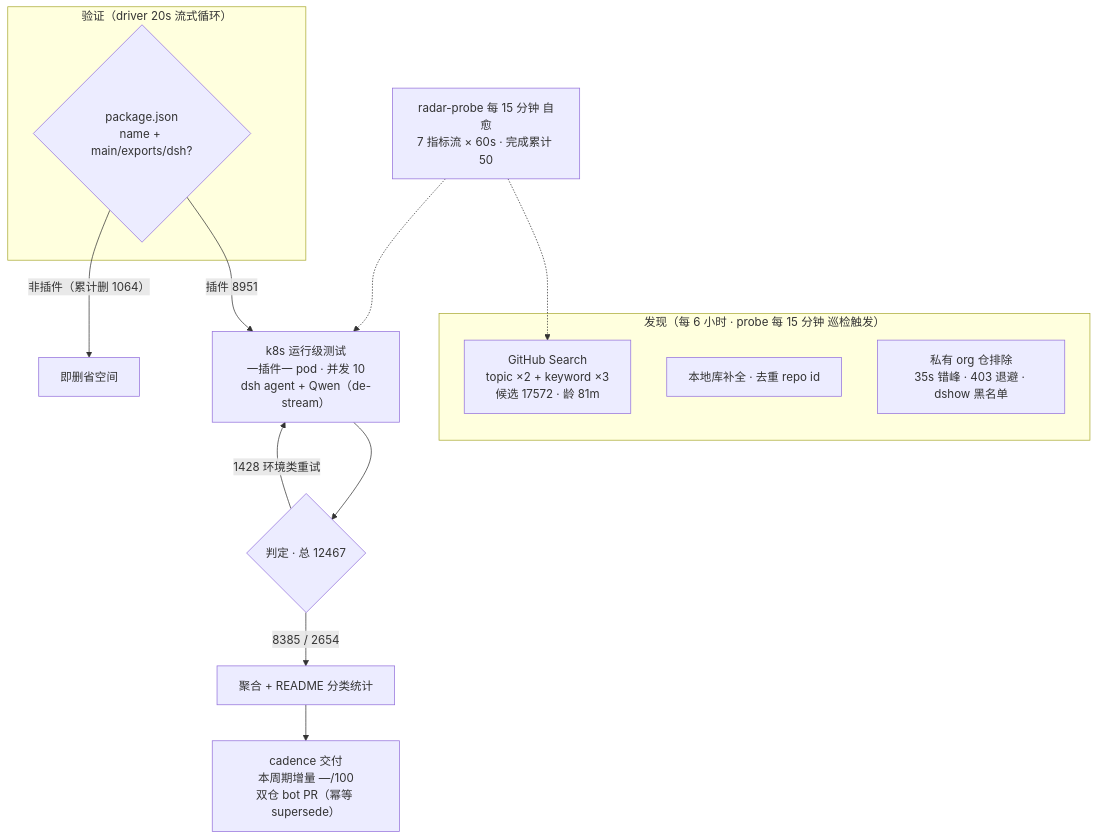
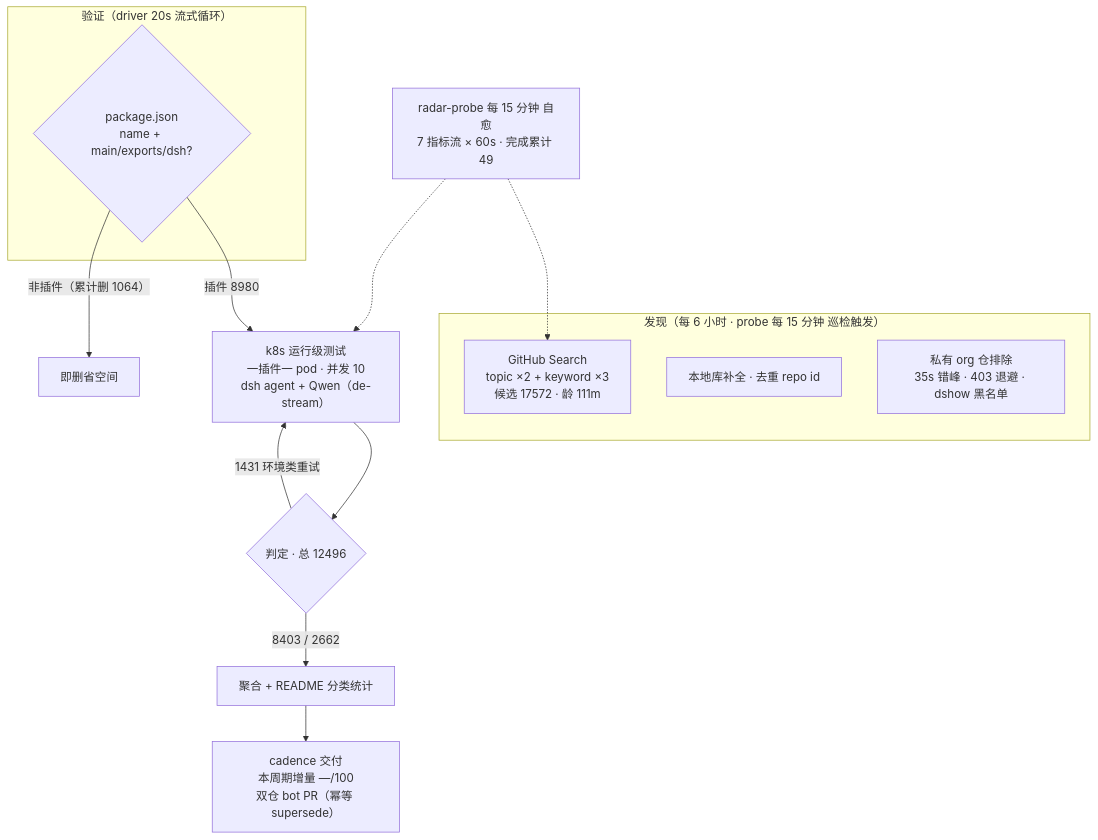
One commit to Zhidao-Lab-OSS/awesome-dsh-plugins changed the diagram in README.md. Above: the diagram before and after it, drawn with Mermaid. The commit also changed other lines of this file and 1 other file, not shown here.

````diff
--- a/README.md
+++ b/README.md
@@ -52,20 +52,20 @@
 ```mermaid
 flowchart TB
     subgraph Discovery["发现（每 6 小时 · probe 每 15 分钟 巡检触发）"]
-        A1["GitHub Search<br/>topic ×2 + keyword ×3<br/>候选 17572 · 龄 81m"]
+        A1["GitHub Search<br/>topic ×2 + keyword ×3<br/>候选 17572 · 龄 111m"]
         A2["本地库补全 · 去重 repo id"]
         A3["私有 org 仓排除<br/>35s 错峰 · 403 退避 · dshow 黑名单"]
     end
     subgraph Validation["验证（driver 20s 流式循环）"]
         B1{"package.json<br/>name + main/exports/dsh?"}
     end
-    B1 -->|"插件 8951"| C1["k8s 运行级测试<br/>一插件一 pod · 并发 10<br/>dsh agent + Qwen（de-stream）"]
+    B1 -->|"插件 8980"| C1["k8s 运行级测试<br/>一插件一 pod · 并发 10<br/>dsh agent + Qwen（de-stream）"]
     B1 -->|"非插件（累计删 1064）"| B3["即删省空间"]
-    C1 --> D1{"判定 · 总 12467"}
-    D1 -->|"8385 / 2654"| E1["聚合 + README 分类统计"]
-    D1 -->|"1428 环境类重试"| C1
+    C1 --> D1{"判定 · 总 12496"}
+    D1 -->|"8403 / 2662"| E1["聚合 + README 分类统计"]
+    D1 -->|"1431 环境类重试"| C1
     E1 --> E2["cadence 交付<br/>本周期增量 —/100<br/>双仓 bot PR（幂等 supersede）"]
-    M["radar-probe 每 15 分钟 自愈<br/>7 指标流 × 60s · 完成累计 50"]
+    M["radar-probe 每 15 分钟 自愈<br/>7 指标流 × 60s · 完成累计 49"]
     M -.-> A1
     M -.-> C1
 ```
````
